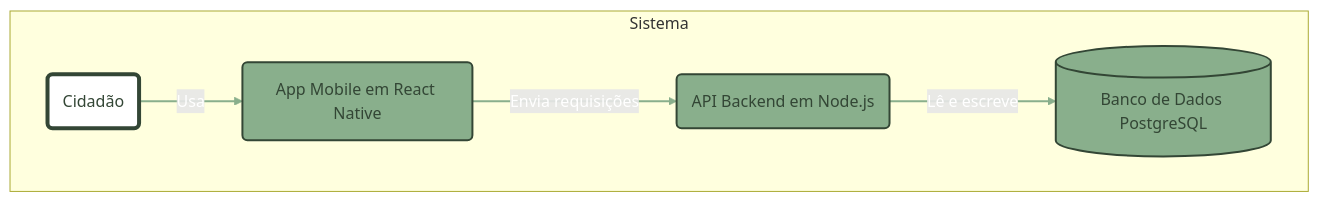
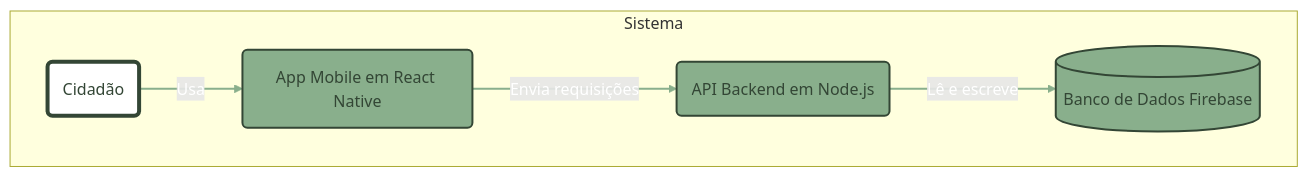
One commit to CAFFD/Project-Recomenda changed the second of 2 diagrams in docs/architecture.md. Above: the diagram before and after it, drawn with Mermaid. The commit also changed other lines of this file, not shown here.

Commit message:
Update architecture diagram to reflect database change

`````diff
--- a/docs/architecture.md
+++ b/docs/architecture.md
@@ -25,16 +25,16 @@
 ````mermaid
 graph TD
     subgraph "Sistema"
         U(Cidadão) -- Usa --> A;
         A(App Mobile em React Native) -->|Envia requisições| B(API Backend em Node.js);
-        B -->|Lê e escreve| C[(Banco de Dados PostgreSQL)];
+        B -->|Lê e escreve| C[(Banco de Dados Firebase)];
     end
 
     %% Estilização
     style U fill:#FFFFFF,stroke:#334635,stroke-width:4px,color:#334635
     style A fill:#89AF8C,stroke:#334635,stroke-width:2px,color:#334635
     style B fill:#89AF8C,stroke:#334635,stroke-width:2px,color:#334635
     style C fill:#89AF8C,stroke:#334635,stroke-width:2px,color:#334635
     linkStyle default stroke:#89AF8C,stroke-width:2px,color:#FFFFFF
 
 ````
`````
